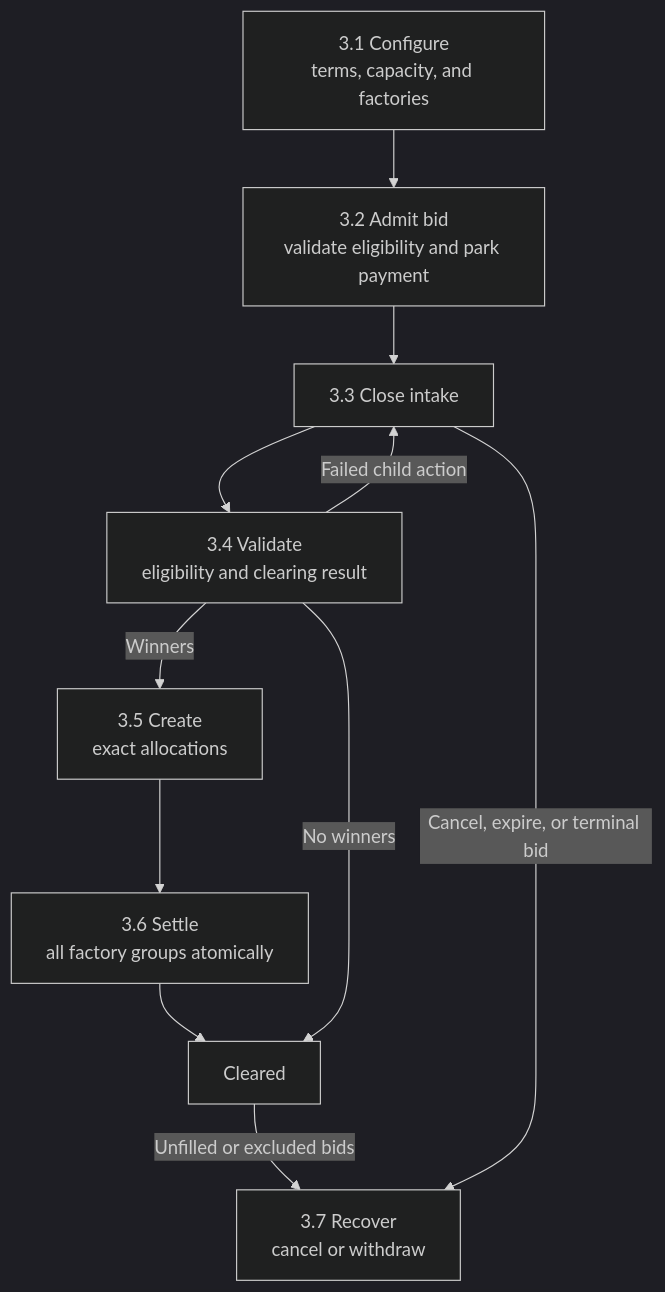
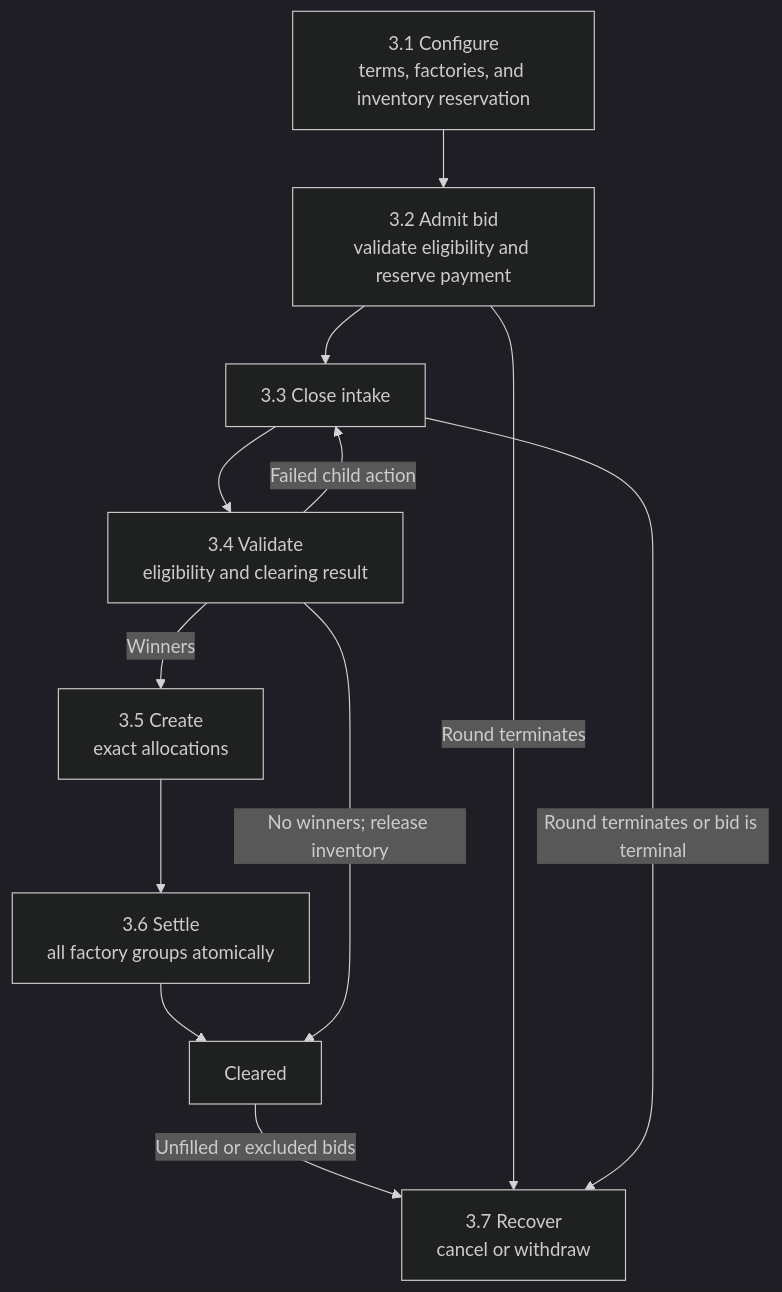
Before and after one commit to OpenZeppelin/canton-specs: the first of 4 diagrams in docs/reference-architectures/confidential-auction.md, drawn with Mermaid (dark theme). The commit also changed other lines of this file, not shown here.

Commit message:
feat: apply first round of reviews

````diff
--- a/docs/reference-architectures/confidential-auction.md
+++ b/docs/reference-architectures/confidential-auction.md
@@ -443,22 +404,23 @@
 ```mermaid
 flowchart TB
-    Configure["3.1 Configure<br/>terms, capacity, and factories"]
-    Admit["3.2 Admit bid<br/>validate eligibility and park payment"]
+    Configure["3.1 Configure<br/>terms, factories, and inventory reservation"]
+    Admit["3.2 Admit bid<br/>validate eligibility and reserve payment"]
     Closed["3.3 Close intake"]
     Validate["3.4 Validate<br/>eligibility and clearing result"]
     Allocate["3.5 Create<br/>exact allocations"]
     Settle["3.6 Settle<br/>all factory groups atomically"]
     Cleared["Cleared"]
     Recover["3.7 Recover<br/>cancel or withdraw"]
 
     Configure --> Admit
     Admit --> Closed
     Closed --> Validate
     Validate -->|Winners| Allocate
     Allocate --> Settle
     Settle --> Cleared
-    Validate -->|No winners| Cleared
+    Validate -->|No winners; release inventory| Cleared
     Cleared -->|Unfilled or excluded bids| Recover
-    Closed -->|Cancel, expire, or terminal bid| Recover
+    Admit -->|Round terminates| Recover
+    Closed -->|Round terminates or bid is terminal| Recover
     Validate -->|Failed child action| Closed
 ```
````
